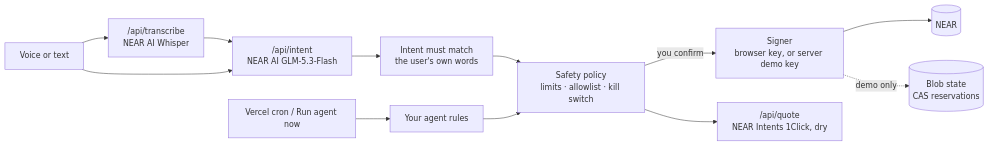
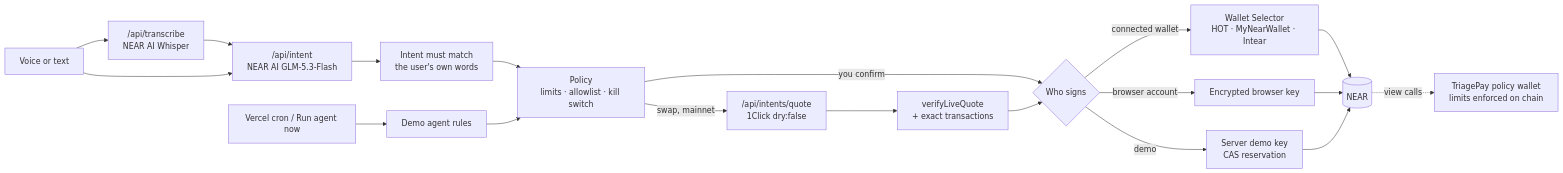
One commit to KhomDev/vibe-wallet changed the diagram in README.md. Above: the diagram before and after it, drawn with Mermaid. The commit also changed other lines of this file and 7 other files, not shown here.

First line of the commit message:
README in depth: three custody modes, two layers of limits with TriagePay, the mainnet swap path

````diff
--- a/README.md
+++ b/README.md
@@ -193,13 +313,18 @@
 ```mermaid
 flowchart LR
   voice[Voice or text] --> stt["/api/transcribe<br/>NEAR AI Whisper"]
   stt --> nlu["/api/intent<br/>NEAR AI GLM-5.3-Flash"]
   voice --> nlu
   nlu --> check[Intent must match<br/>the user's own words]
-  check --> policy[Safety policy<br/>limits · allowlist · kill switch]
-  policy -->|you confirm| signer[Signer<br/>browser key, or server demo key]
-  signer --> near[(NEAR)]
-  policy --> quote["/api/quote<br/>NEAR Intents 1Click, dry"]
-  cron[Vercel cron / Run agent now] --> agent[Your agent rules] --> policy
-  signer -.demo only.-> state[(Blob state<br/>CAS reservations)]
+  check --> policy[Policy<br/>limits · allowlist · kill switch]
+  policy -->|you confirm| sign{Who signs}
+  sign -->|connected wallet| ws[Wallet Selector<br/>HOT · MyNearWallet · Intear]
+  sign -->|browser account| bk[Encrypted browser key]
+  sign -->|demo| srv[Server demo key<br/>CAS reservation]
+  ws --> near[(NEAR)]
+  bk --> near
+  srv --> near
+  policy -->|swap, mainnet| iq["/api/intents/quote<br/>1Click dry:false"] --> verify[verifyLiveQuote<br/>+ exact transactions] --> sign
+  near -.view calls.-> tp[TriagePay policy wallet<br/>limits enforced on chain]
+  cron[Vercel cron / Run agent now] --> agent[Demo agent rules] --> policy
 ```
````
